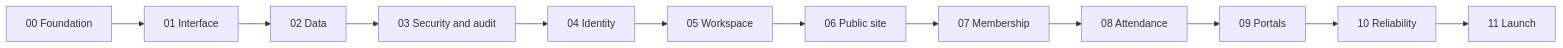
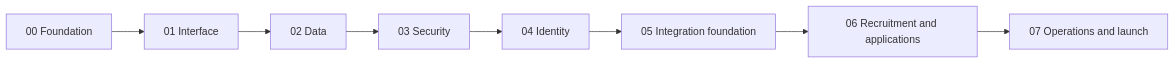
The diagram in docs/roadmap.md (LOGOS-The-TIS-Math-Club/logos-web), drawn with Mermaid before and after one commit. The commit also changed other lines of this file and 1 other file, not shown here.

Commit message:
docs: compact delivery roadmap

````diff
--- a/docs/roadmap.md
+++ b/docs/roadmap.md
@@ -132,14 +71,10 @@
 ```mermaid
 flowchart LR
     P00[00 Foundation] --> P01[01 Interface]
     P01 --> P02[02 Data]
-    P02 --> P03[03 Security and audit]
+    P02 --> P03[03 Security]
     P03 --> P04[04 Identity]
-    P04 --> P05[05 Workspace]
-    P05 --> P06[06 Public site]
-    P06 --> P07[07 Membership]
-    P07 --> P08[08 Attendance]
-    P08 --> P09[09 Portals]
-    P09 --> P10[10 Reliability]
-    P10 --> P11[11 Launch]
+    P04 --> P05[05 Integration foundation]
+    P05 --> P06[06 Recruitment and applications]
+    P06 --> P07[07 Operations and launch]
 ```
````
